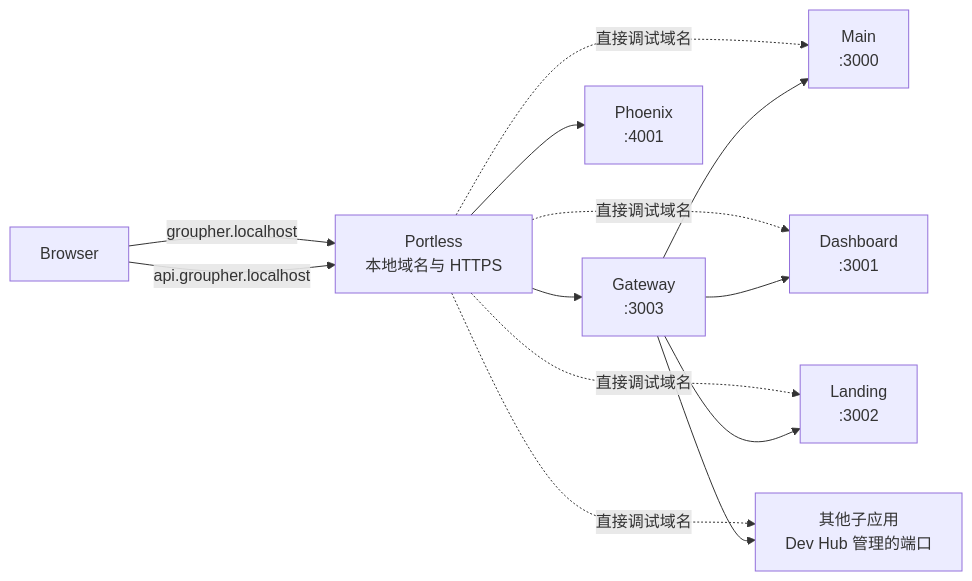
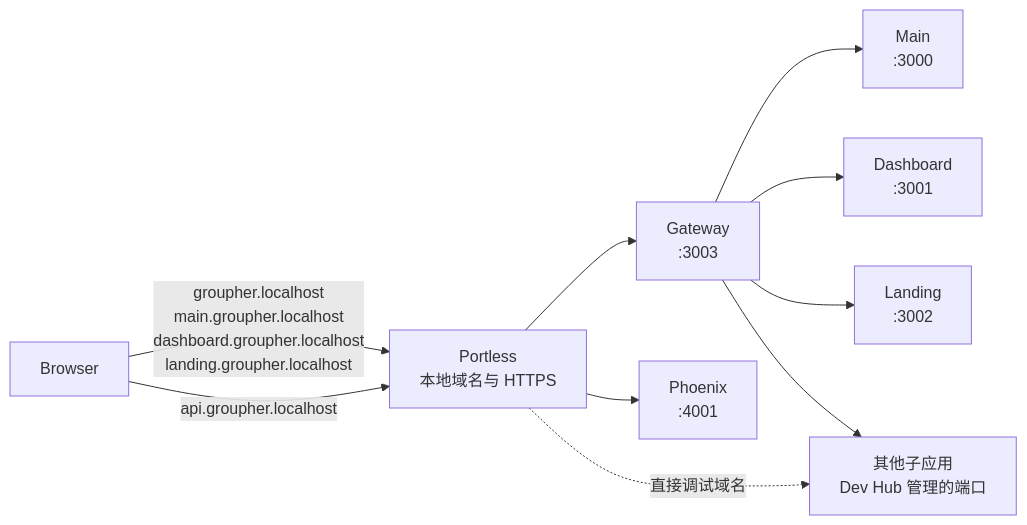
Before and after one commit to groupher/groupher: the diagram in docs/sub-apps/portless.md, drawn with Mermaid. The commit also changed other lines of this file and 155 other files, not shown here.

````diff
--- a/docs/sub-apps/portless.md
+++ b/docs/sub-apps/portless.md
@@ -80,25 +87,22 @@
 ```mermaid
 flowchart LR
   Browser["Browser"]
   Portless["Portless<br/>本地域名与 HTTPS"]
   Gateway["Gateway<br/>:3003"]
   Main["Main<br/>:3000"]
   Dashboard["Dashboard<br/>:3001"]
   Landing["Landing<br/>:3002"]
   Phoenix["Phoenix<br/>:4001"]
   Apps["其他子应用<br/>Dev Hub 管理的端口"]
 
-  Browser -->|"groupher.localhost"| Portless
+  Browser -->|"groupher.localhost<br/>main.groupher.localhost<br/>dashboard.groupher.localhost<br/>landing.groupher.localhost"| Portless
   Browser -->|"api.groupher.localhost"| Portless
   Portless --> Gateway
   Portless --> Phoenix
-  Portless -. "直接调试域名" .-> Main
-  Portless -. "直接调试域名" .-> Dashboard
-  Portless -. "直接调试域名" .-> Landing
   Portless -. "直接调试域名" .-> Apps
 
   Gateway --> Main
   Gateway --> Dashboard
   Gateway --> Landing
   Gateway --> Apps
 ```
````
